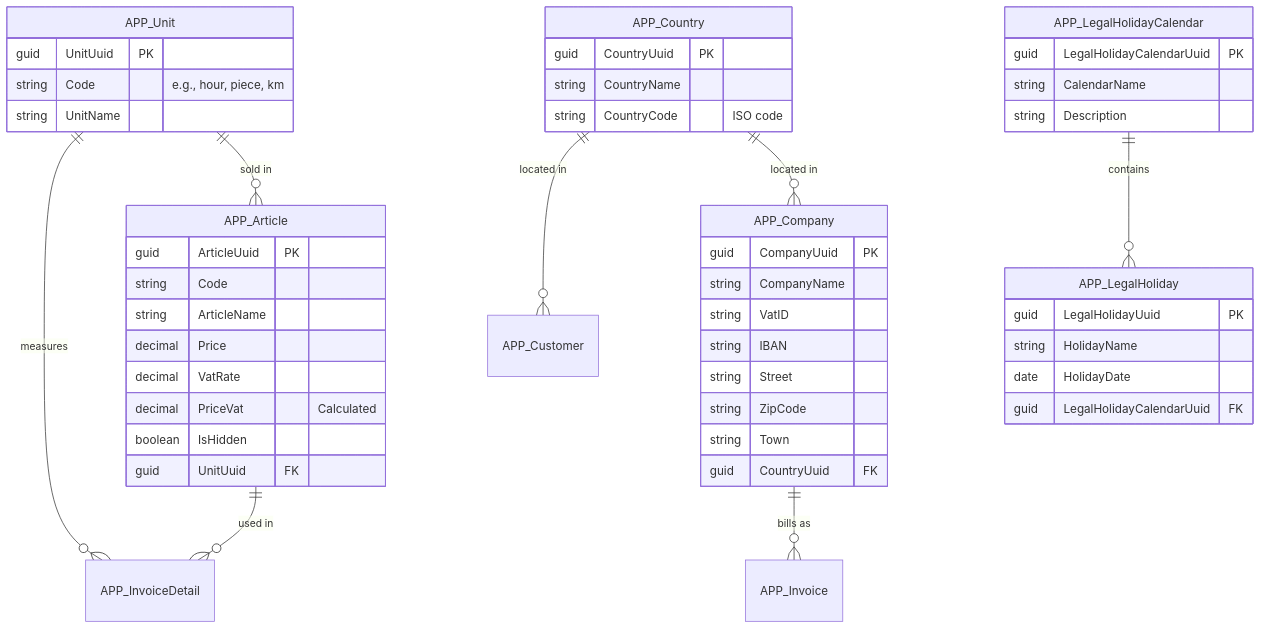
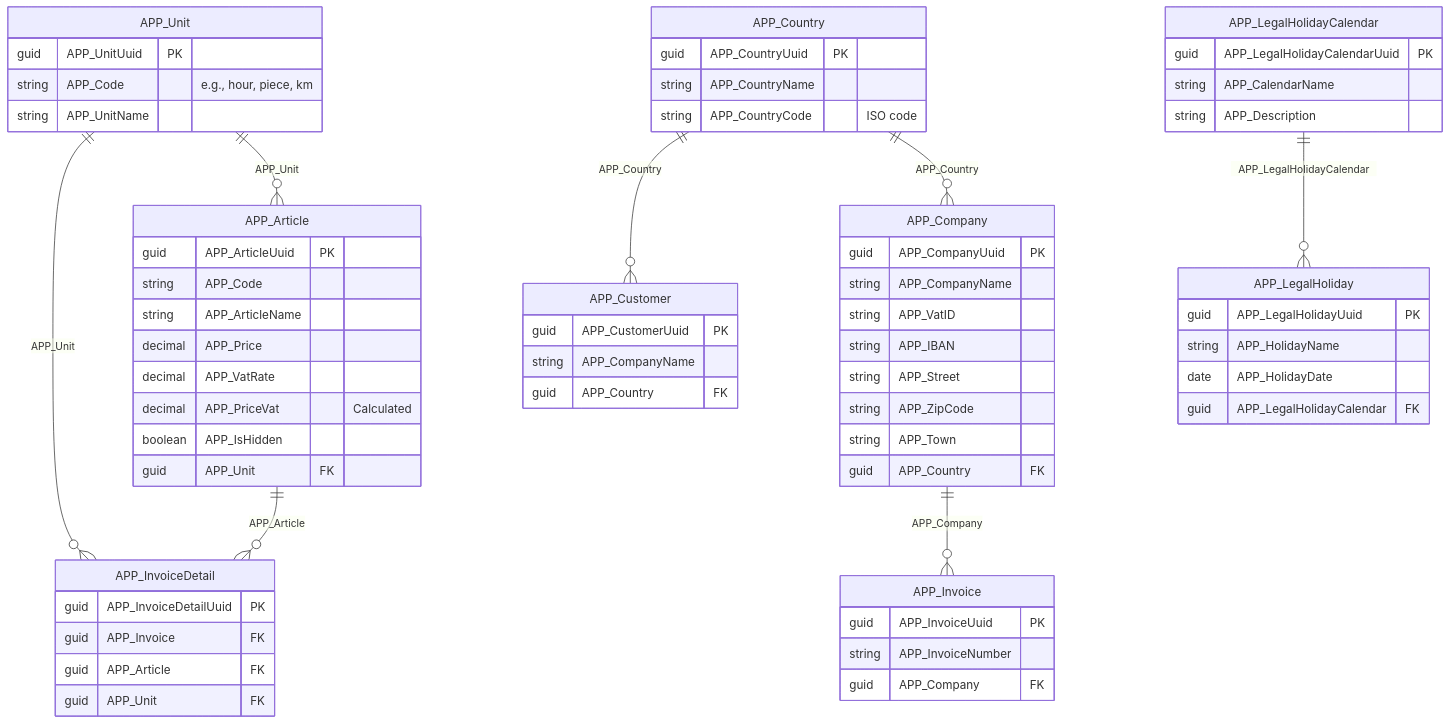
Before and after one commit to software-architects/time-cockpit-documentation: the fourth of 4 diagrams in doc/data-model/entity-relationships.md, drawn with Mermaid. The commit also changed other lines of this file and 1 other file, not shown here.

````diff
--- a/doc/data-model/entity-relationships.md
+++ b/doc/data-model/entity-relationships.md
@@ -291,57 +365,76 @@
 ```mermaid
 erDiagram
-    APP_Company ||--o{ APP_Invoice : "bills as"
-    APP_Article ||--o{ APP_InvoiceDetail : "used in"
-    APP_Unit ||--o{ APP_InvoiceDetail : "measures"
-    APP_Unit ||--o{ APP_Article : "sold in"
-    APP_Country ||--o{ APP_Customer : "located in"
-    APP_Country ||--o{ APP_Company : "located in"
-    APP_LegalHolidayCalendar ||--o{ APP_LegalHoliday : "contains"
+    APP_Company ||--o{ APP_Invoice : "APP_Company"
+    APP_Article ||--o{ APP_InvoiceDetail : "APP_Article"
+    APP_Unit ||--o{ APP_InvoiceDetail : "APP_Unit"
+    APP_Unit ||--o{ APP_Article : "APP_Unit"
+    APP_Country ||--o{ APP_Customer : "APP_Country"
+    APP_Country ||--o{ APP_Company : "APP_Country"
+    APP_LegalHolidayCalendar ||--o{ APP_LegalHoliday : "APP_LegalHolidayCalendar"
     
     APP_Company {
-        guid CompanyUuid PK
-        string CompanyName
-        string VatID
-        string IBAN
-        string Street
-        string ZipCode
-        string Town
-        guid CountryUuid FK
+        guid APP_CompanyUuid PK
+        string APP_CompanyName
+        string APP_VatID
+        string APP_IBAN
+        string APP_Street
+        string APP_ZipCode
+        string APP_Town
+        guid APP_Country FK
     }
     
     APP_Article {
-        guid ArticleUuid PK
-        string Code
-        string ArticleName
-        decimal Price
-        decimal VatRate
-        decimal PriceVat "Calculated"
-        boolean IsHidden
-        guid UnitUuid FK
+        guid APP_ArticleUuid PK
+        string APP_Code
+        string APP_ArticleName
+        decimal APP_Price
+        decimal APP_VatRate
+        decimal APP_PriceVat "Calculated"
+        boolean APP_IsHidden
+        guid APP_Unit FK
     }
     
     APP_Unit {
-        guid UnitUuid PK
-        string Code "e.g., hour, piece, km"
-        string UnitName
+        guid APP_UnitUuid PK
+        string APP_Code "e.g., hour, piece, km"
+        string APP_UnitName
     }
     
     APP_Country {
-        guid CountryUuid PK
-        string CountryName
-        string CountryCode "ISO code"
+        guid APP_CountryUuid PK
+        string APP_CountryName
+        string APP_CountryCode "ISO code"
     }
     
     APP_LegalHolidayCalendar {
-        guid LegalHolidayCalendarUuid PK
-        string CalendarName
-        string Description
+        guid APP_LegalHolidayCalendarUuid PK
+        string APP_CalendarName
+        string APP_Description
     }
     
     APP_LegalHoliday {
-        guid LegalHolidayUuid PK
-        string HolidayName
-        date HolidayDate
-        guid LegalHolidayCalendarUuid FK
+        guid APP_LegalHolidayUuid PK
+        string APP_HolidayName
+        date APP_HolidayDate
+        guid APP_LegalHolidayCalendar FK
+    }
+
+    APP_Customer {
+        guid APP_CustomerUuid PK
+        string APP_CompanyName
+        guid APP_Country FK
+    }
+
+    APP_Invoice {
+        guid APP_InvoiceUuid PK
+        string APP_InvoiceNumber
+        guid APP_Company FK
+    }
+
+    APP_InvoiceDetail {
+        guid APP_InvoiceDetailUuid PK
+        guid APP_Invoice FK
+        guid APP_Article FK
+        guid APP_Unit FK
     }
 ```
````
